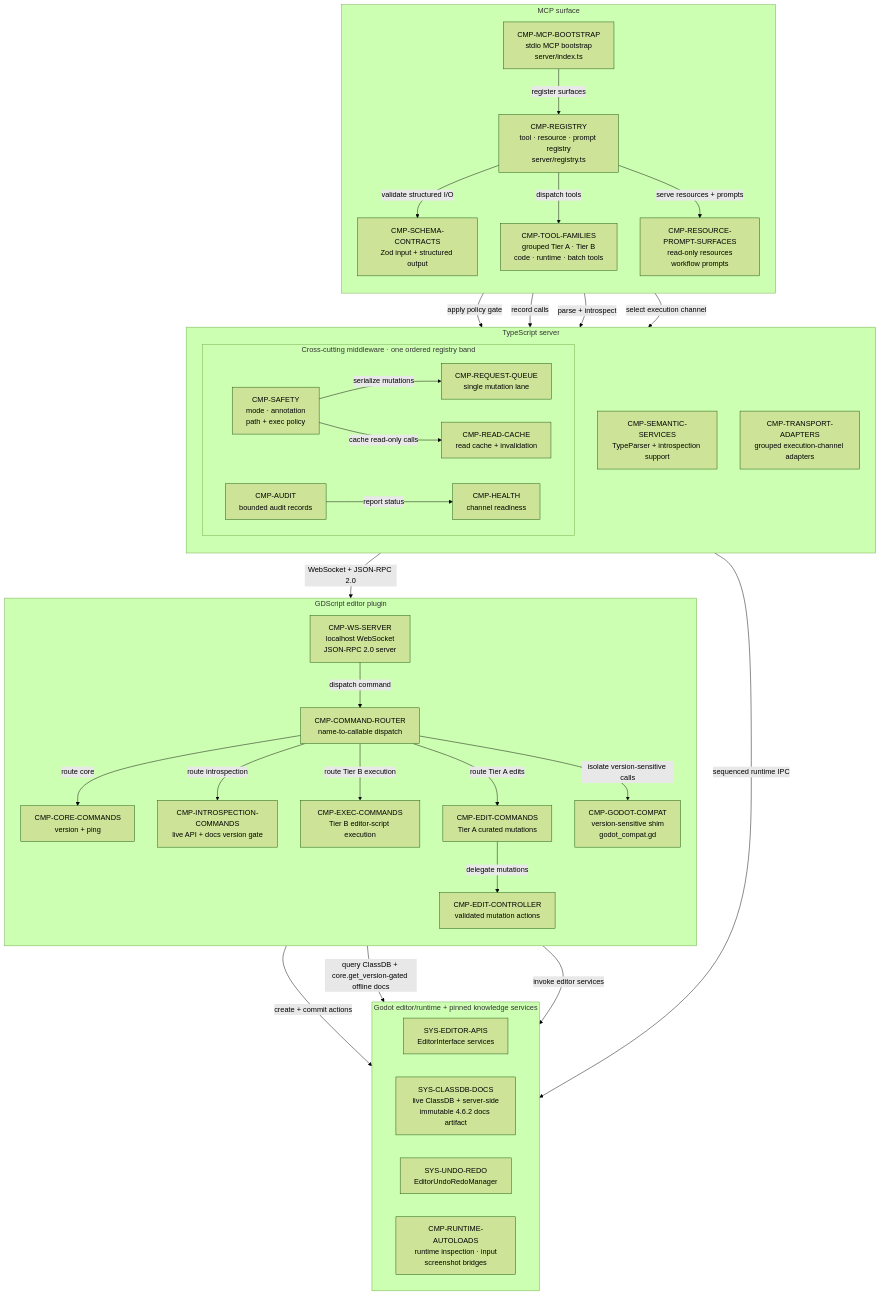
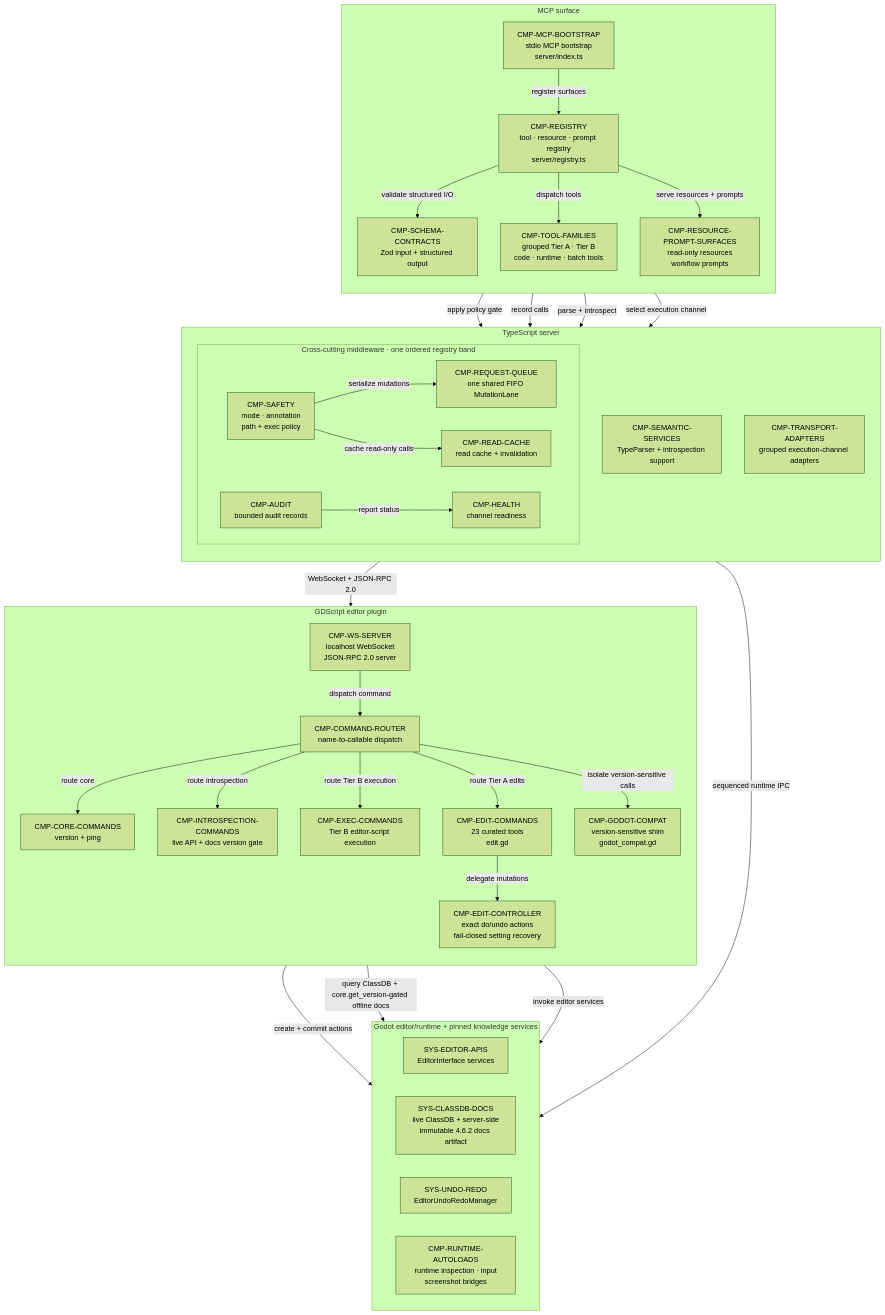
One commit to 9thLevelSoftware/robogodot changed the diagram in docs/architecture/04-server-components.md. Above: the diagram before and after it, drawn with Mermaid (forest theme). The commit also changed 20 other files, not shown here.

Commit message:
feat: complete phase 3 curated editor tier

```diff
--- a/docs/architecture/04-server-components.md
+++ b/docs/architecture/04-server-components.md
@@ -40,7 +40,7 @@
       %% atlas-node: CMP-SAFETY
       CMP_SAFETY["CMP-SAFETY<br/>mode · annotation<br/>path + exec policy"]
       %% atlas-node: CMP-REQUEST-QUEUE
-      CMP_REQUEST_QUEUE["CMP-REQUEST-QUEUE<br/>single mutation lane"]
+      CMP_REQUEST_QUEUE["CMP-REQUEST-QUEUE<br/>one shared FIFO MutationLane"]
       %% atlas-node: CMP-READ-CACHE
       CMP_READ_CACHE["CMP-READ-CACHE<br/>read cache + invalidation"]
       %% atlas-node: CMP-AUDIT
@@ -67,9 +67,9 @@
     %% atlas-node: CMP-EXEC-COMMANDS
     CMP_EXEC_COMMANDS["CMP-EXEC-COMMANDS<br/>Tier B editor-script execution"]
     %% atlas-node: CMP-EDIT-COMMANDS
-    CMP_EDIT_COMMANDS["CMP-EDIT-COMMANDS<br/>Tier A curated mutations"]
+    CMP_EDIT_COMMANDS["CMP-EDIT-COMMANDS<br/>23 curated tools<br/>edit.gd"]
     %% atlas-node: CMP-EDIT-CONTROLLER
-    CMP_EDIT_CONTROLLER["CMP-EDIT-CONTROLLER<br/>validated mutation actions"]
+    CMP_EDIT_CONTROLLER["CMP-EDIT-CONTROLLER<br/>exact do/undo actions<br/>fail-closed setting recovery"]
     %% atlas-node: CMP-GODOT-COMPAT
     CMP_GODOT_COMPAT["CMP-GODOT-COMPAT<br/>version-sensitive shim<br/>godot_compat.gd"]
   end
```
